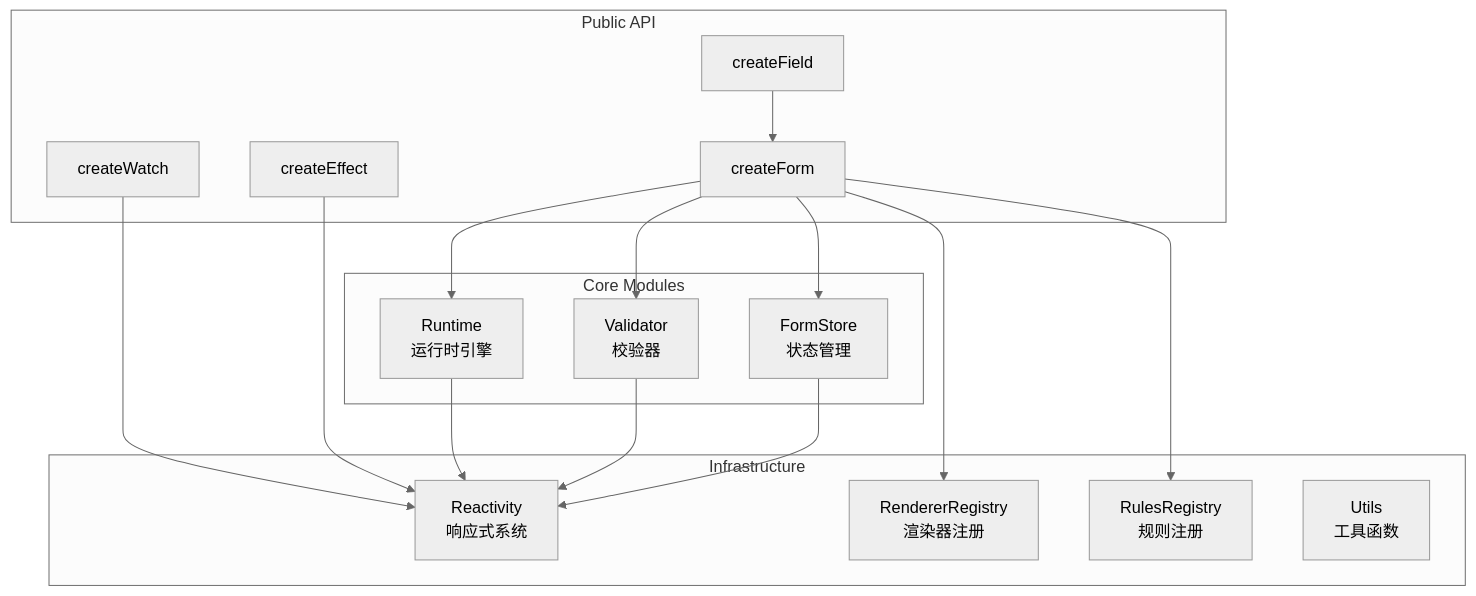
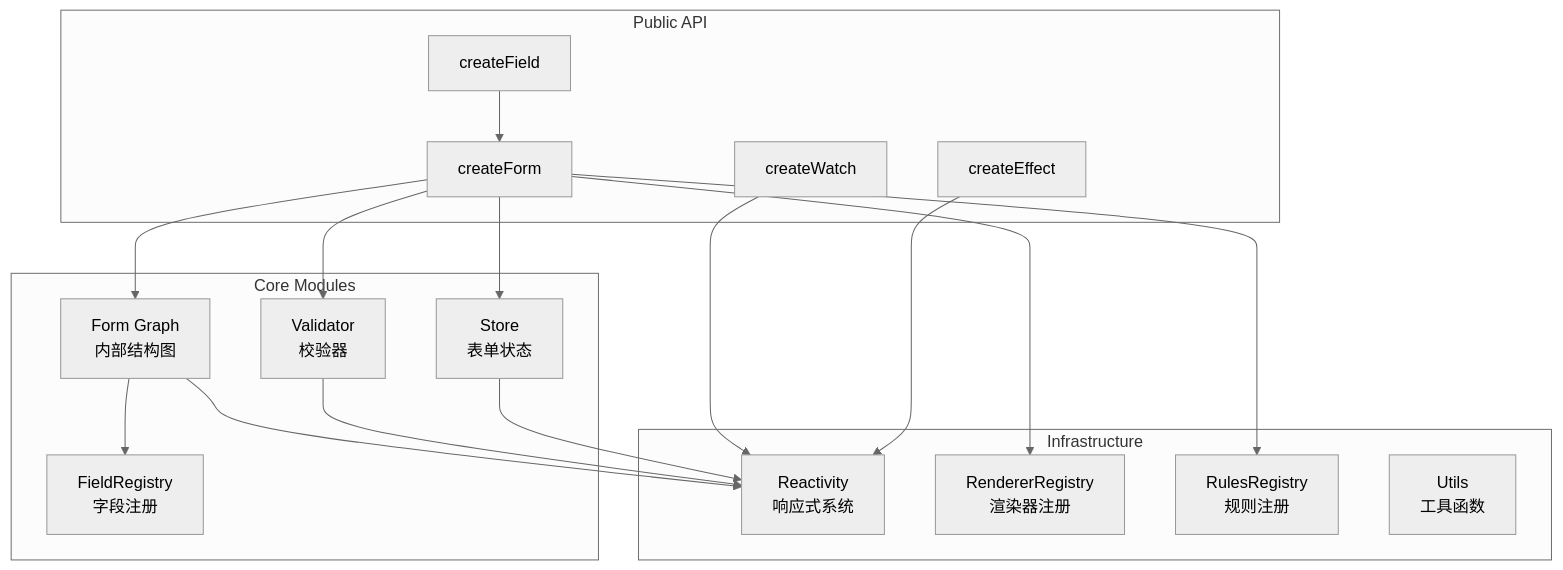
One commit to Jiohon/schemx changed the first of 6 diagrams in packages/core/README.md. Above: the diagram before and after it, drawn with Mermaid (neutral theme). The commit also changed other lines of this file and 144 other files, not shown here.

First line of the commit message:
refactor(core)!: 重构表单运行时 graph 架构

````diff
--- a/packages/core/README.md
+++ b/packages/core/README.md
@@ -30,37 +30,39 @@
 ```mermaid
 graph TB
     subgraph "Public API"
         CF[createForm]
         CField[createField]
         CE[createEffect]
         CW[createWatch]
     end
 
     subgraph "Core Modules"
-        FS[FormStore<br/>状态管理]
+        FR[FieldRegistry<br/>字段注册]
+        STORE[Store<br/>表单状态]
         VAL[Validator<br/>校验器]
-        RT[Runtime<br/>运行时引擎]
+        FG[Form Graph<br/>内部结构图]
     end
 
     subgraph "Infrastructure"
         REA[Reactivity<br/>响应式系统]
         RR[RendererRegistry<br/>渲染器注册]
         RUR[RulesRegistry<br/>规则注册]
         UTIL[Utils<br/>工具函数]
     end
 
-    CF --> FS
     CF --> VAL
-    CF --> RT
+    CF --> STORE
+    CF --> FG
     CF --> RR
     CF --> RUR
 
     CField --> CF
 
-    FS --> REA
+    FG --> FR
+    STORE --> REA
     VAL --> REA
-    RT --> REA
+    FG --> REA
 
     CE --> REA
     CW --> REA
 ```
````
